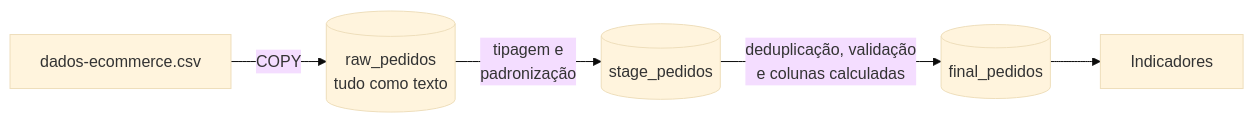
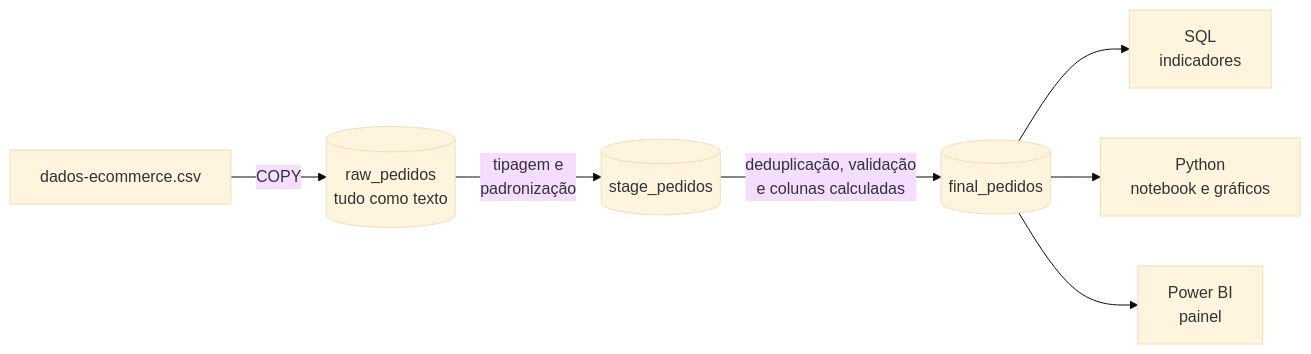
The diagram in README.md (taniamiguel/pipeline-etl-postgresql), drawn with Mermaid (base theme) before and after one commit. The commit also changed other lines of this file and 12 other files, not shown here.

First line of the commit message:
Adiciona etapas Python e Power BI e alinha os 5 indicadores ao curso

````diff
--- a/README.md
+++ b/README.md
@@ -26,7 +34,9 @@
 ```mermaid
 flowchart LR
     A[dados-ecommerce.csv] -->|COPY| B[(raw_pedidos<br/>tudo como texto)]
     B -->|tipagem e<br/>padronização| C[(stage_pedidos)]
     C -->|deduplicação, validação<br/>e colunas calculadas| D[(final_pedidos)]
-    D --> E[Indicadores]
+    D --> E[SQL<br/>indicadores]
+    D --> F[Python<br/>notebook e gráficos]
+    D --> G[Power BI<br/>painel]
 ```
````
